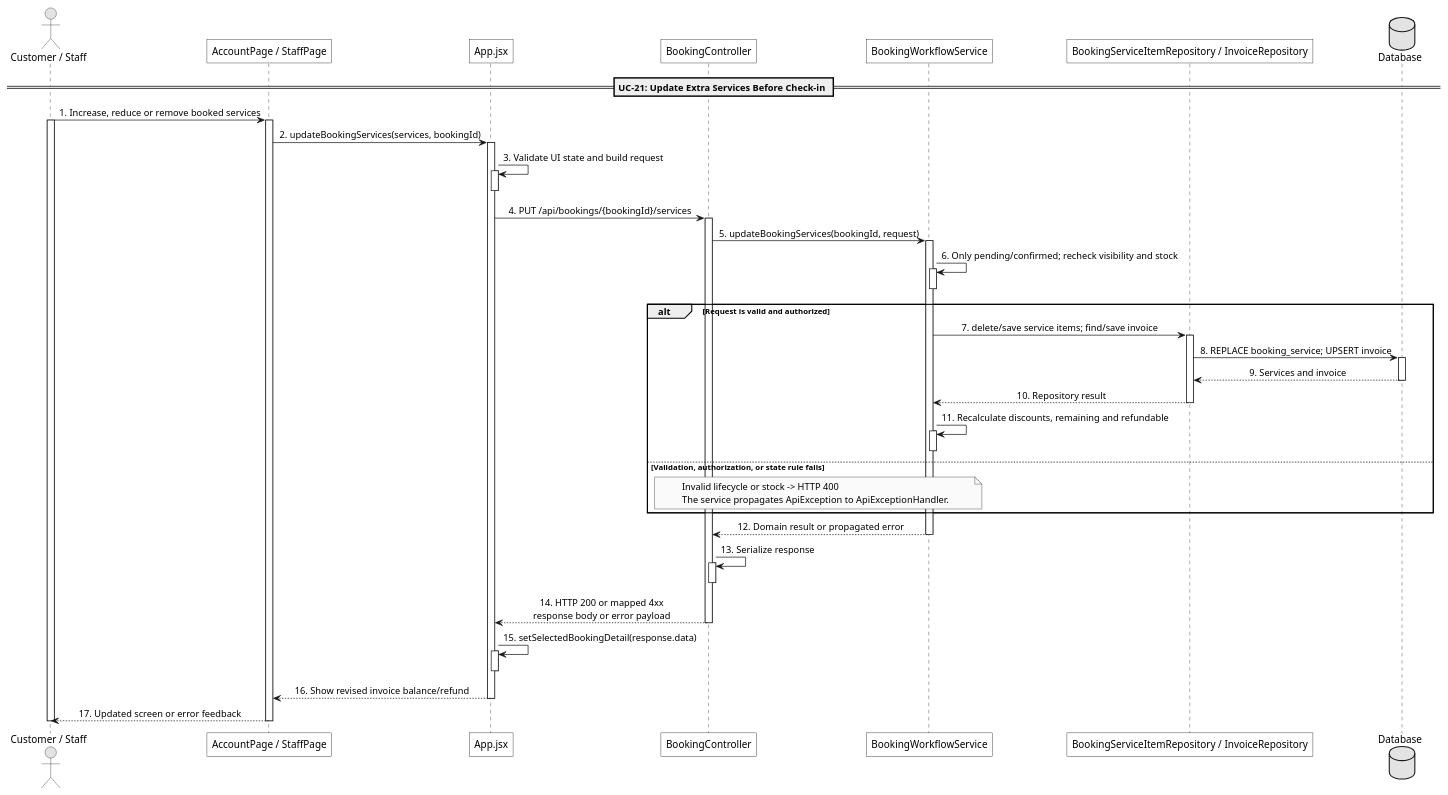
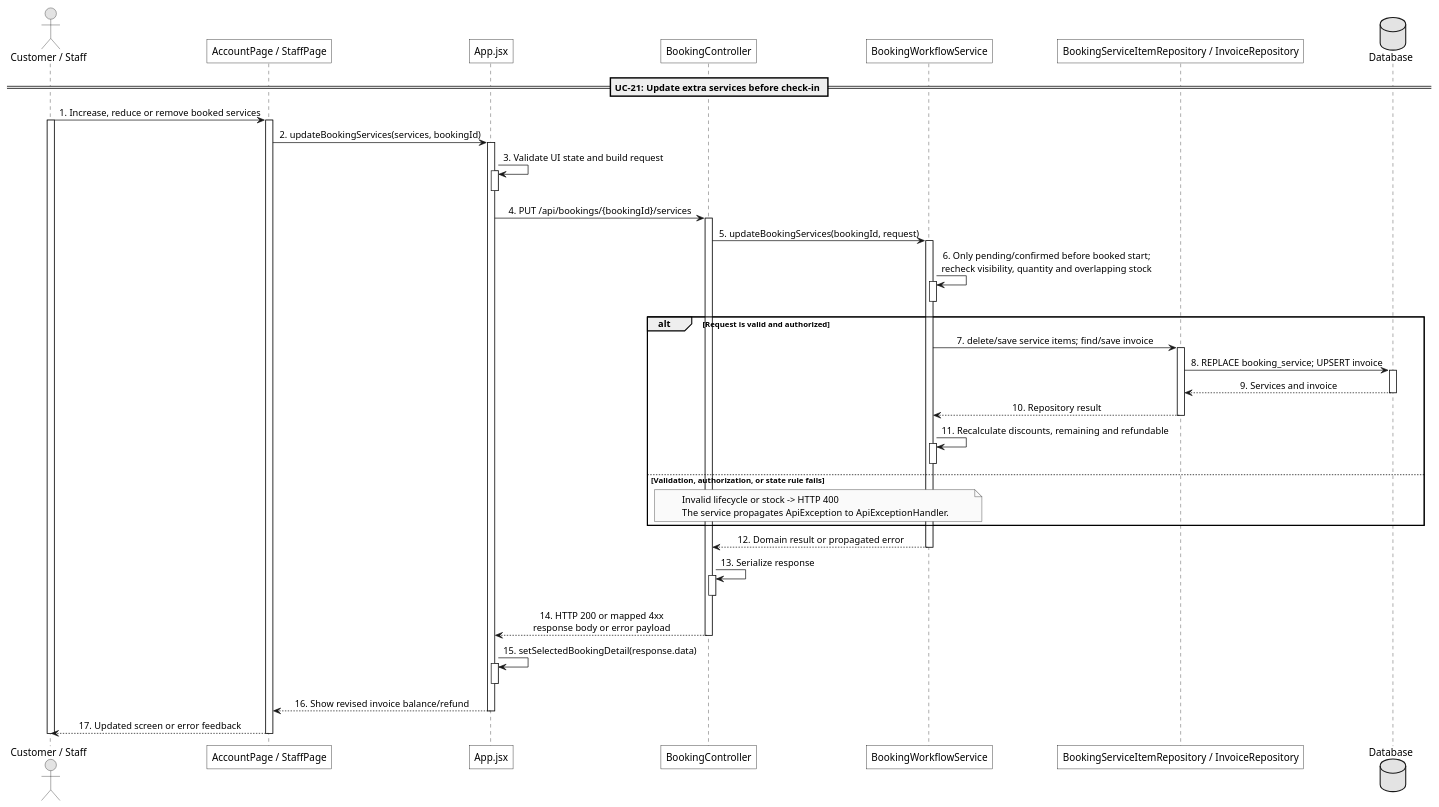
The diagram in docs/Sequence/UC-21-update-extra-services-before-check-in.puml (maxwell1904/SWP391_G3), drawn with PlantUML before and after one commit. The commit also changed 292 other files, not shown here.

Commit message:
align retake scope and product flows

```diff
--- a/docs/Sequence/UC-21-update-extra-services-before-check-in.puml
+++ b/docs/Sequence/UC-21-update-extra-services-before-check-in.puml
@@ -1,89 +1,89 @@
 @startuml
 
 skinparam monochrome true
 skinparam shadowing false
 skinparam roundcorner 0
 skinparam sequenceMessageAlign center
 skinparam responseMessageBelowArrow true
 
 skinparam participant {
   BackgroundColor white
   BorderColor black
 }
 
 actor "Customer / Staff" as User
 participant "AccountPage / StaffPage" as UI
 participant "App.jsx" as App
 participant "BookingController" as Controller
 participant "BookingWorkflowService" as Service
 participant "BookingServiceItemRepository / InvoiceRepository" as Repo
 database "Database" as DB
 
-== UC-21: Update Extra Services Before Check-in ==
+== UC-21: Update extra services before check-in ==
 
 User -> UI : 1. Increase, reduce or remove booked services
 activate User
 activate UI
 
 UI -> App : 2. updateBookingServices(services, bookingId)
 activate App
 
 App -> App : 3. Validate UI state and build request
 activate App
 deactivate App
 
 App -> Controller : 4. PUT /api/bookings/{bookingId}/services
 activate Controller
 
 Controller -> Service : 5. updateBookingServices(bookingId, request)
 activate Service
 
-Service -> Service : 6. Only pending/confirmed; recheck visibility and stock
+Service -> Service : 6. Only pending/confirmed before booked start;\nrecheck visibility, quantity and overlapping stock
 activate Service
 deactivate Service
 
 alt Request is valid and authorized
   Service -> Repo : 7. delete/save service items; find/save invoice
   activate Repo
 
   Repo -> DB : 8. REPLACE booking_service; UPSERT invoice
   activate DB
   DB --> Repo : 9. Services and invoice
   deactivate DB
 
   Repo --> Service : 10. Repository result
   deactivate Repo
 
   Service -> Service : 11. Recalculate discounts, remaining and refundable
   activate Service
   deactivate Service
 else Validation, authorization, or state rule fails
   note over Service,Controller
     Invalid lifecycle or stock -> HTTP 400
     The service propagates ApiException to ApiExceptionHandler.
   end note
 end
 
 Service --> Controller : 12. Domain result or propagated error
 deactivate Service
 
 Controller -> Controller : 13. Serialize response
 activate Controller
 deactivate Controller
 
 Controller --> App : 14. HTTP 200 or mapped 4xx\nresponse body or error payload
 deactivate Controller
 
 App -> App : 15. setSelectedBookingDetail(response.data)
 activate App
 deactivate App
 
 App --> UI : 16. Show revised invoice balance/refund
 deactivate App
 
 UI --> User : 17. Updated screen or error feedback
 
 deactivate UI
 deactivate User
 
 @enduml
```
